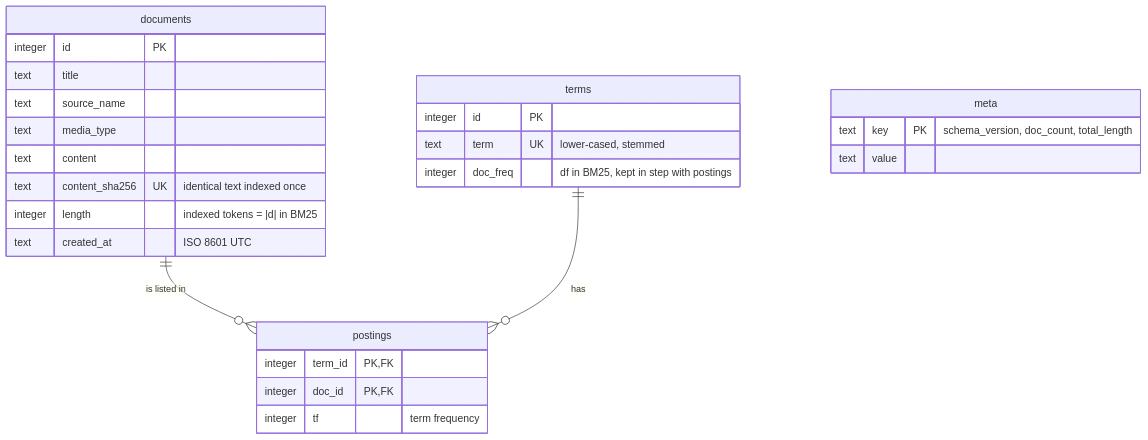
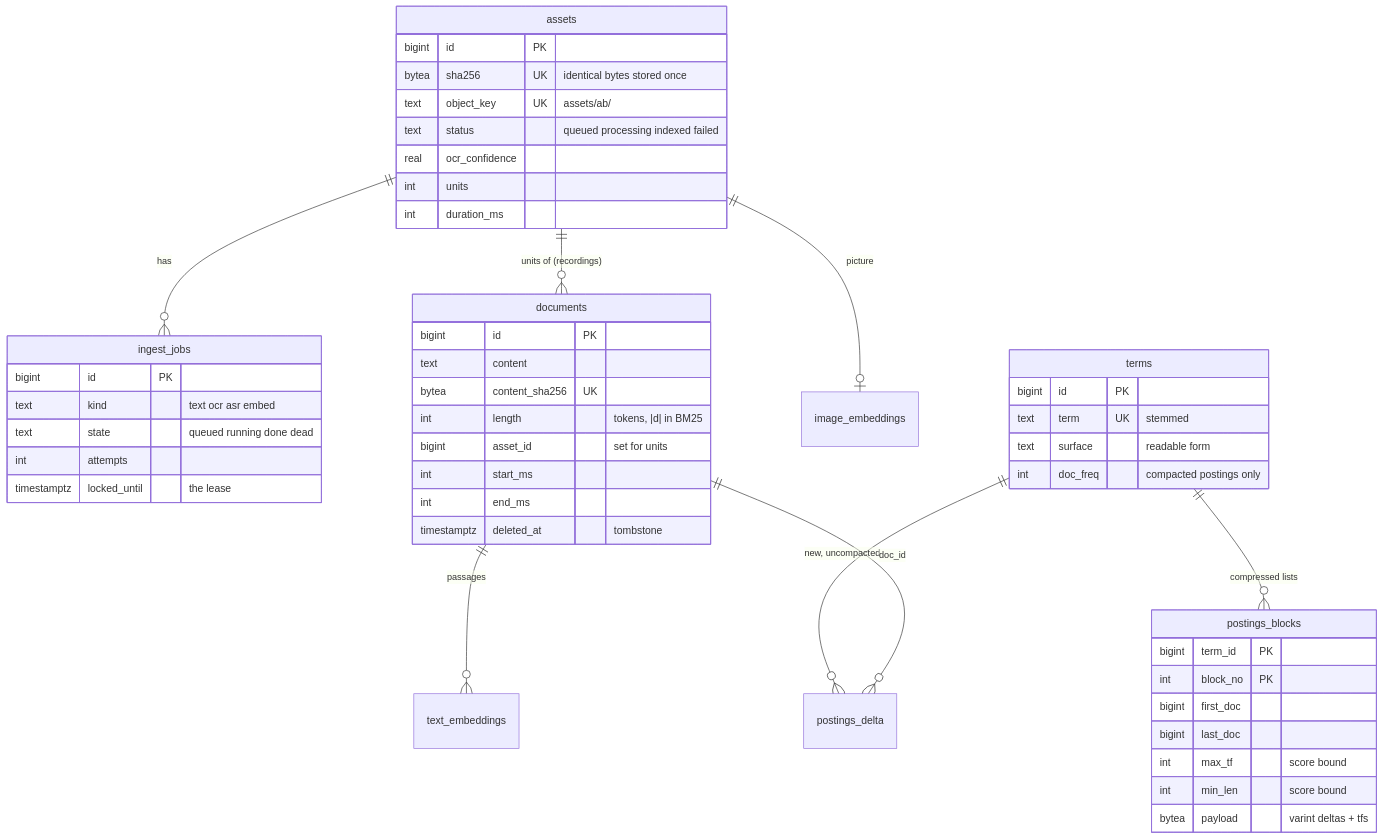
One commit to dipesh9765/SIH-Big-Data-Searching changed the second of 3 diagrams in ARCHITECTURE.md. Above: the diagram before and after it, drawn with Mermaid. The commit also changed other lines of this file and 6 other files, not shown here.

````diff
--- a/ARCHITECTURE.md
+++ b/ARCHITECTURE.md
@@ -39,29 +41,51 @@
 ```mermaid
 erDiagram
-    documents ||--o{ postings : "is listed in"
-    terms ||--o{ postings : "has"
+    assets ||--o{ ingest_jobs : "has"
+    assets ||--o{ documents : "units of (recordings)"
+    documents ||--o{ text_embeddings : "passages"
+    assets ||--o| image_embeddings : "picture"
+    terms ||--o{ postings_blocks : "compressed lists"
+    terms ||--o{ postings_delta : "new, uncompacted"
+    documents ||--o{ postings_delta : "doc_id"
+    assets {
+        bigint id PK
+        bytea sha256 UK "identical bytes stored once"
+        text object_key UK "assets/ab/<sha256>"
+        text status "queued processing indexed failed"
+        real ocr_confidence
+        int units
+        int duration_ms
+    }
+    ingest_jobs {
+        bigint id PK
+        text kind "text ocr asr embed"
+        text state "queued running done dead"
+        int attempts
+        timestamptz locked_until "the lease"
+    }
     documents {
-        integer id PK
-        text title
-        text source_name
-        text media_type
+        bigint id PK
         text content
-        text content_sha256 UK "identical text indexed once"
-        integer length "indexed tokens = |d| in BM25"
-        text created_at "ISO 8601 UTC"
+        bytea content_sha256 UK
+        int length "tokens, |d| in BM25"
+        bigint asset_id "set for units"
+        int start_ms
+        int end_ms
+        timestamptz deleted_at "tombstone"
     }
     terms {
-        integer id PK
-        text term UK "lower-cased, stemmed"
-        integer doc_freq "df in BM25, kept in step with postings"
+        bigint id PK
+        text term UK "stemmed"
+        text surface "readable form"
+        int doc_freq "compacted postings only"
     }
-    postings {
-        integer term_id PK,FK
-        integer doc_id PK,FK
-        integer tf "term frequency"
-    }
-    meta {
-        text key PK "schema_version, doc_count, total_length"
-        text value
+    postings_blocks {
+        bigint term_id PK
+        int block_no PK
+        bigint first_doc
+        bigint last_doc
+        int max_tf "score bound"
+        int min_len "score bound"
+        bytea payload "varint deltas + tfs"
     }
 ```
````
